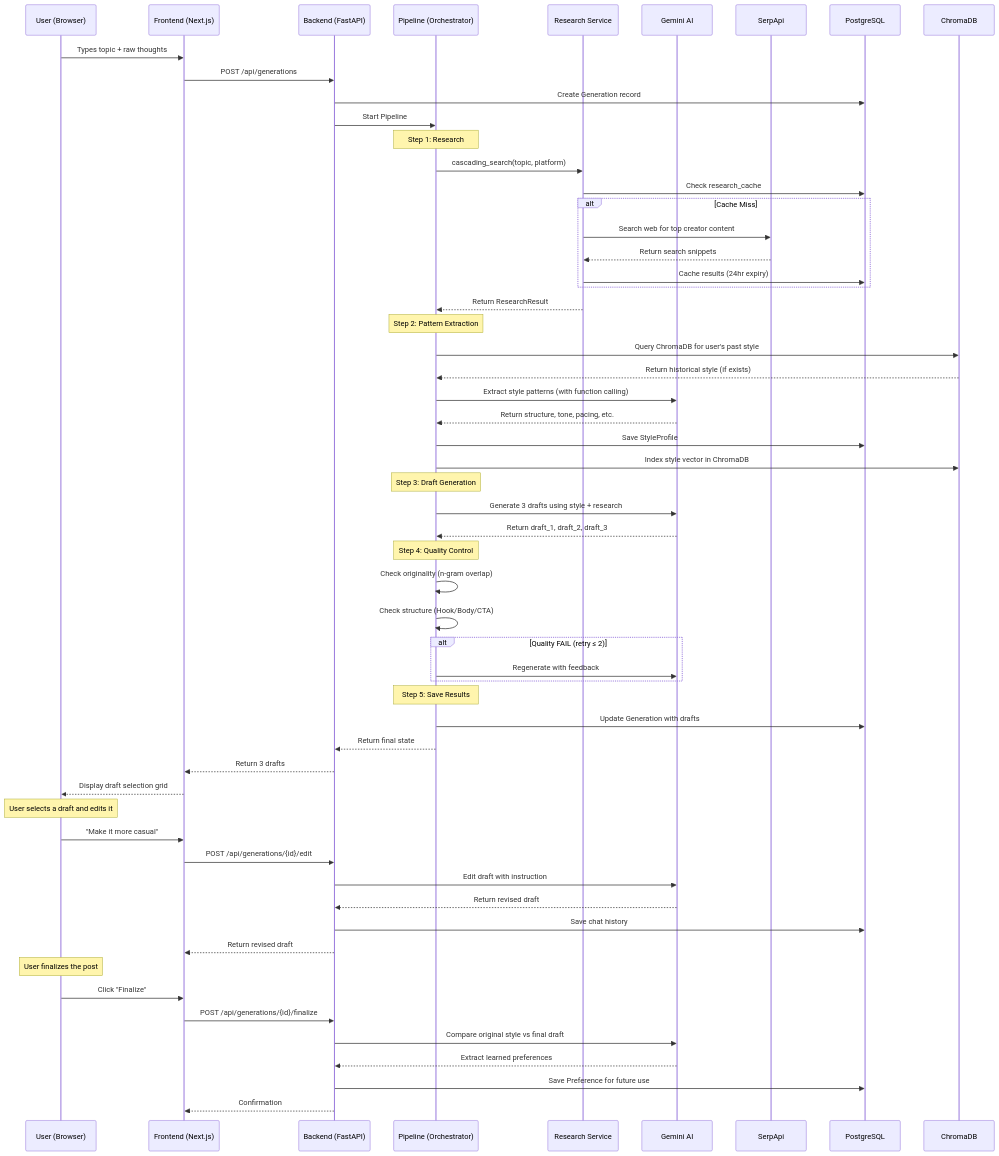
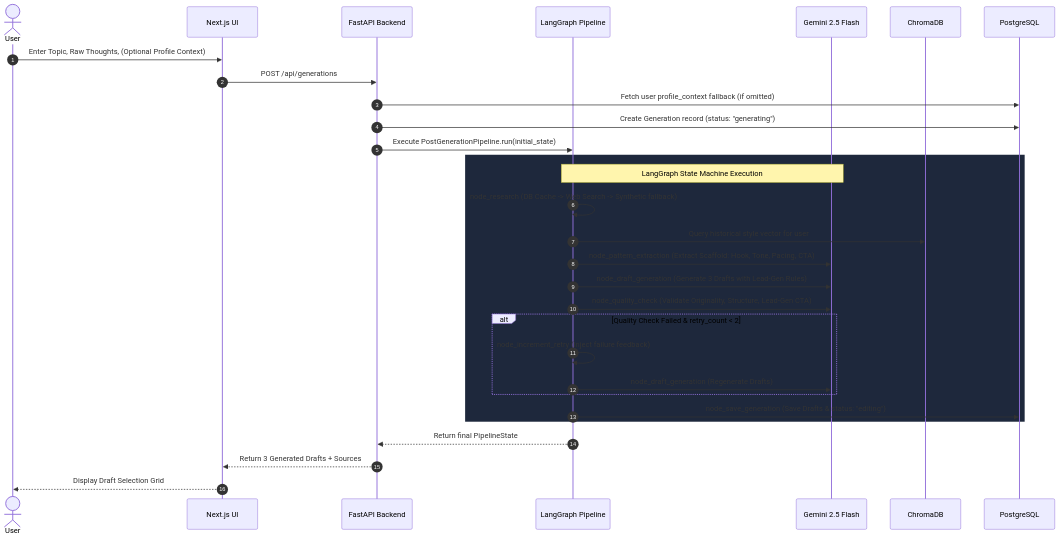
Before and after one commit to xShikhar/PostCraft-AI: the second of 5 diagrams in PostCraft_AI_Complete_Documentation.md, drawn with Mermaid. The commit also changed other lines of this file and 48 other files, not shown here.

Commit message:
feat: complete LangGraph migration, app/core architecture, profile context, and mastery guide

````diff
--- a/PostCraft_AI_Complete_Documentation.md
+++ b/PostCraft_AI_Complete_Documentation.md
@@ -111,70 +113,35 @@
 ```mermaid
 sequenceDiagram
-    participant U as User (Browser)
-    participant F as Frontend (Next.js)
-    participant B as Backend (FastAPI)
-    participant P as Pipeline (Orchestrator)
-    participant R as Research Service
-    participant G as Gemini AI
-    participant S as SerpApi
+    autonumber
+    actor User as User
+    participant Frontend as Next.js UI
+    participant API as FastAPI Backend
+    participant Graph as LangGraph Pipeline
+    participant Gemini as Gemini 2.5 Flash
+    participant Chroma as ChromaDB
     participant DB as PostgreSQL
-    participant V as ChromaDB
 
-    U->>F: Types topic + raw thoughts
-    F->>B: POST /api/generations
-    B->>DB: Create Generation record
-    B->>P: Start Pipeline
-
-    Note over P: Step 1: Research
-    P->>R: cascading_search(topic, platform)
-    R->>DB: Check research_cache
-    alt Cache Miss
-        R->>S: Search web for top creator content
-        S-->>R: Return search snippets
-        R->>DB: Cache results (24hr expiry)
+    User->>Frontend: Enter Topic, Raw Thoughts, (Optional Profile Context)
+    Frontend->>API: POST /api/generations
+    API->>DB: Fetch user profile_context fallback (if omitted)
+    API->>DB: Create Generation record (status: "generating")
+    API->>Graph: Execute PostGenerationPipeline.run(initial_state)
+    
+    rect rgb(30, 40, 60)
+        Note over Graph,Gemini: LangGraph State Machine Execution
+        Graph->>Graph: node_research (DB Cache -> Web Search -> Synthetic fallback)
+        Graph->>Chroma: Query historical style vector for user
+        Graph->>Gemini: node_pattern_extraction (Extract Scaffold: Hook, Tone, Pacing, CTA)
+        Graph->>Gemini: node_draft_generation (Generate 3 Drafts with Lead-Gen Rules)
+        Graph->>Gemini: node_quality_check (Validate Originality, Structure, Lead-Gen CTA)
+        alt Quality Check Failed & retry_count < 2
+            Graph->>Graph: node_increment_retry (Inject failure feedback)
+            Graph->>Gemini: node_draft_generation (Regenerate Drafts)
+        end
+        Graph->>DB: node_save_generation (Save Drafts & status: "editing")
     end
-    R-->>P: Return ResearchResult
-
-    Note over P: Step 2: Pattern Extraction
-    P->>V: Query ChromaDB for user's past style
-    V-->>P: Return historical style (if exists)
-    P->>G: Extract style patterns (with function calling)
-    G-->>P: Return structure, tone, pacing, etc.
-    P->>DB: Save StyleProfile
-    P->>V: Index style vector in ChromaDB
-
-    Note over P: Step 3: Draft Generation
-    P->>G: Generate 3 drafts using style + research
-    G-->>P: Return draft_1, draft_2, draft_3
-
-    Note over P: Step 4: Quality Control
-    P->>P: Check originality (n-gram overlap)
-    P->>P: Check structure (Hook/Body/CTA)
-    alt Quality FAIL (retry ≤ 2)
-        P->>G: Regenerate with feedback
-    end
-
-    Note over P: Step 5: Save Results
-    P->>DB: Update Generation with drafts
-    P-->>B: Return final state
-    B-->>F: Return 3 drafts
-    F-->>U: Display draft selection grid
-
-    Note over U: User selects a draft and edits it
-
-    U->>F: "Make it more casual"
-    F->>B: POST /api/generations/{id}/edit
-    B->>G: Edit draft with instruction
-    G-->>B: Return revised draft
-    B->>DB: Save chat history
-    B-->>F: Return revised draft
-
-    Note over U: User finalizes the post
-
-    U->>F: Click "Finalize"
-    F->>B: POST /api/generations/{id}/finalize
-    B->>G: Compare original style vs final draft
-    G-->>B: Extract learned preferences
-    B->>DB: Save Preference for future use
-    B-->>F: Confirmation
+    
+    Graph-->>API: Return final PipelineState
+    API-->>Frontend: Return 3 Generated Drafts + Sources
+    Frontend-->>User: Display Draft Selection Grid
 ```
````
